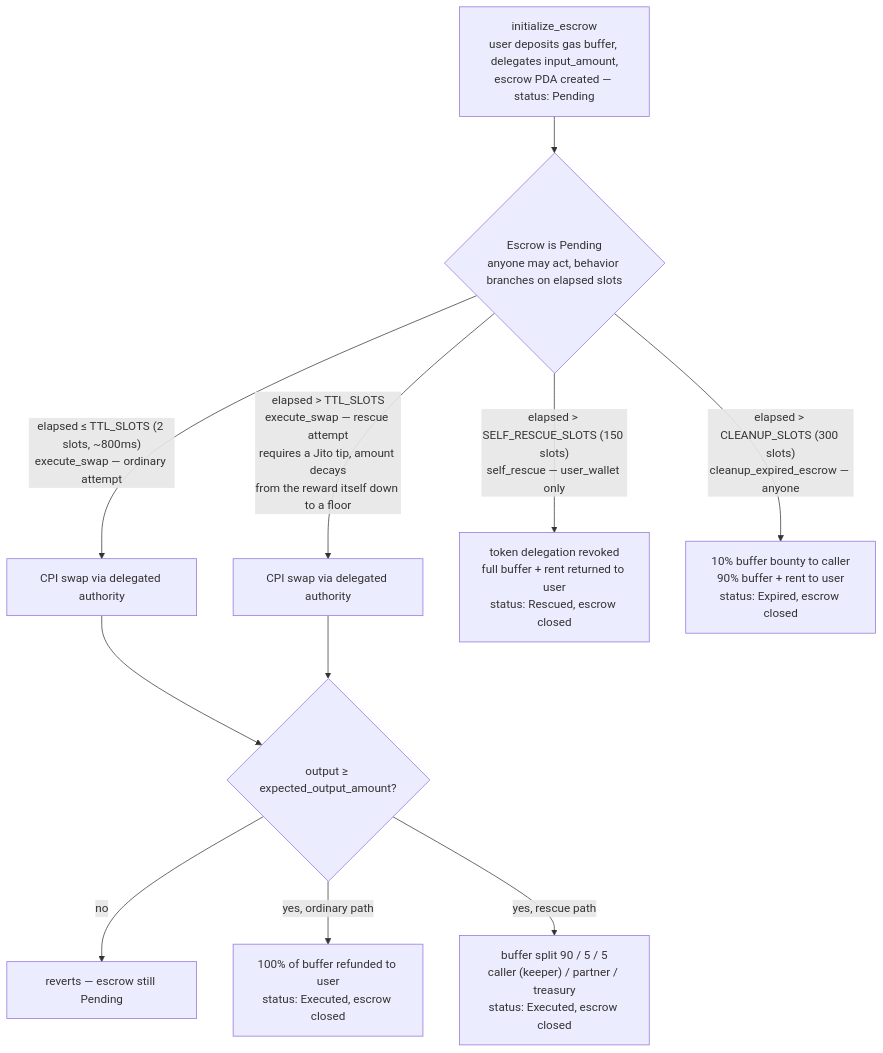
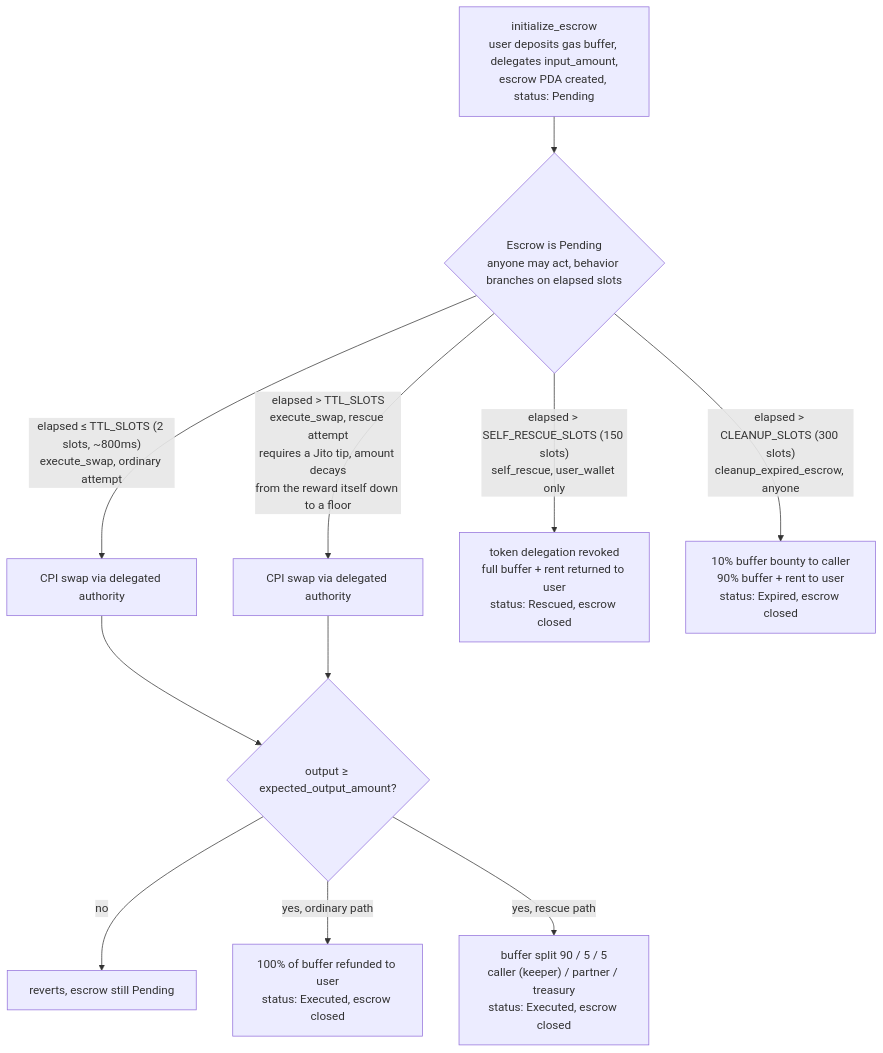
One commit to Inertia-Protocol/inertia-protocol changed the diagram in README.md. Above: the diagram before and after it, drawn with Mermaid. The commit also changed other lines of this file and 4 other files, not shown here.

````diff
--- a/README.md
+++ b/README.md
@@ -13,17 +13,17 @@
 ```mermaid
 flowchart TD
-    A["initialize_escrow<br/>user deposits gas buffer, delegates input_amount,<br/>escrow PDA created — status: Pending"] --> B{"Escrow is Pending<br/>anyone may act, behavior branches on elapsed slots"}
+    A["initialize_escrow<br/>user deposits gas buffer, delegates input_amount,<br/>escrow PDA created, status: Pending"] --> B{"Escrow is Pending<br/>anyone may act, behavior branches on elapsed slots"}
 
-    B -->|"elapsed &le; TTL_SLOTS (2 slots, ~800ms)<br/>execute_swap — ordinary attempt"| C["CPI swap via delegated authority"]
-    B -->|"elapsed &gt; TTL_SLOTS<br/>execute_swap — rescue attempt<br/>requires a Jito tip, amount decays<br/>from the reward itself down to a floor"| D["CPI swap via delegated authority"]
+    B -->|"elapsed &le; TTL_SLOTS (2 slots, ~800ms)<br/>execute_swap, ordinary attempt"| C["CPI swap via delegated authority"]
+    B -->|"elapsed &gt; TTL_SLOTS<br/>execute_swap, rescue attempt<br/>requires a Jito tip, amount decays<br/>from the reward itself down to a floor"| D["CPI swap via delegated authority"]
 
     C --> E{"output &ge; expected_output_amount?"}
     D --> E
-    E -->|"no"| F["reverts — escrow still Pending"]
+    E -->|"no"| F["reverts, escrow still Pending"]
     E -->|"yes, ordinary path"| G["100% of buffer refunded to user<br/>status: Executed, escrow closed"]
     E -->|"yes, rescue path"| H["buffer split 90 / 5 / 5<br/>caller (keeper) / partner / treasury<br/>status: Executed, escrow closed"]
 
-    B -->|"elapsed &gt; SELF_RESCUE_SLOTS (150 slots)<br/>self_rescue — user_wallet only"| I["token delegation revoked<br/>full buffer + rent returned to user<br/>status: Rescued, escrow closed"]
+    B -->|"elapsed &gt; SELF_RESCUE_SLOTS (150 slots)<br/>self_rescue, user_wallet only"| I["token delegation revoked<br/>full buffer + rent returned to user<br/>status: Rescued, escrow closed"]
 
-    B -->|"elapsed &gt; CLEANUP_SLOTS (300 slots)<br/>cleanup_expired_escrow — anyone"| J["10% buffer bounty to caller<br/>90% buffer + rent to user<br/>status: Expired, escrow closed"]
+    B -->|"elapsed &gt; CLEANUP_SLOTS (300 slots)<br/>cleanup_expired_escrow, anyone"| J["10% buffer bounty to caller<br/>90% buffer + rent to user<br/>status: Expired, escrow closed"]
 ```
````
